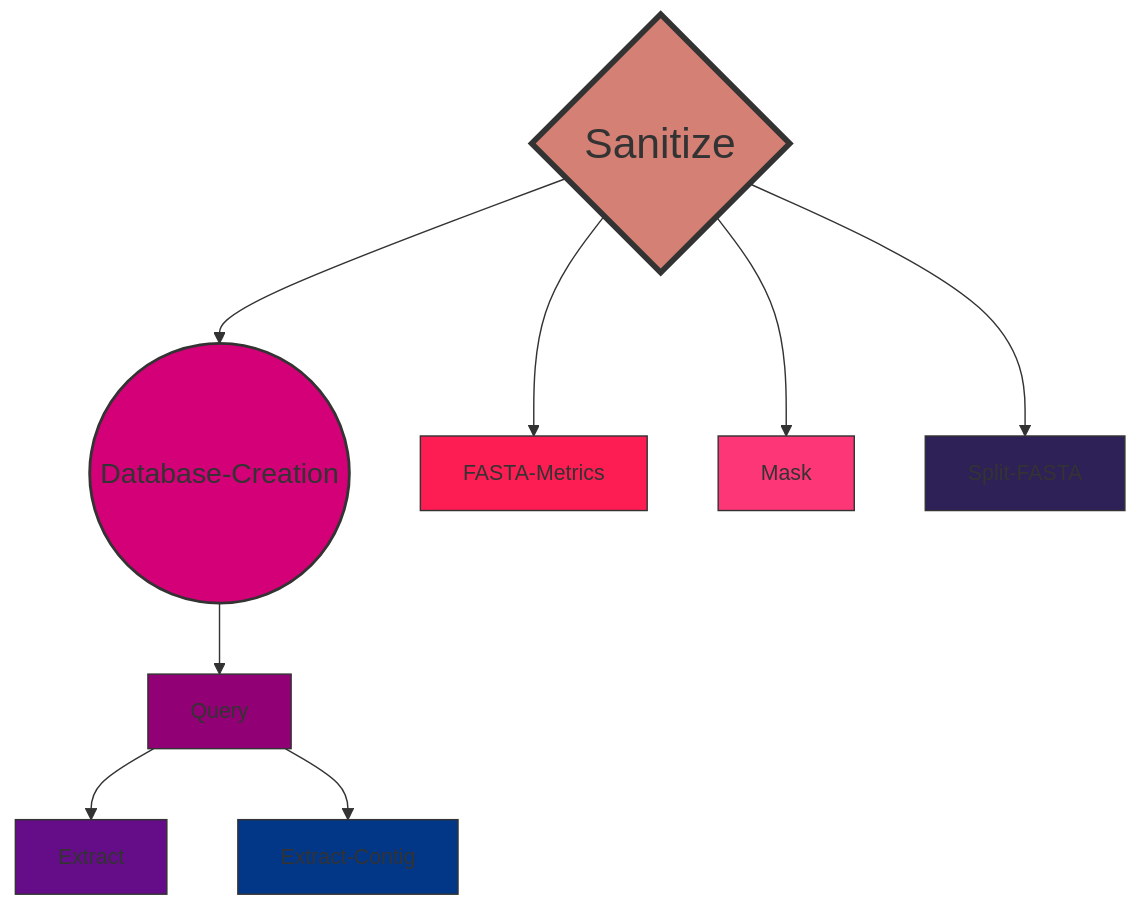
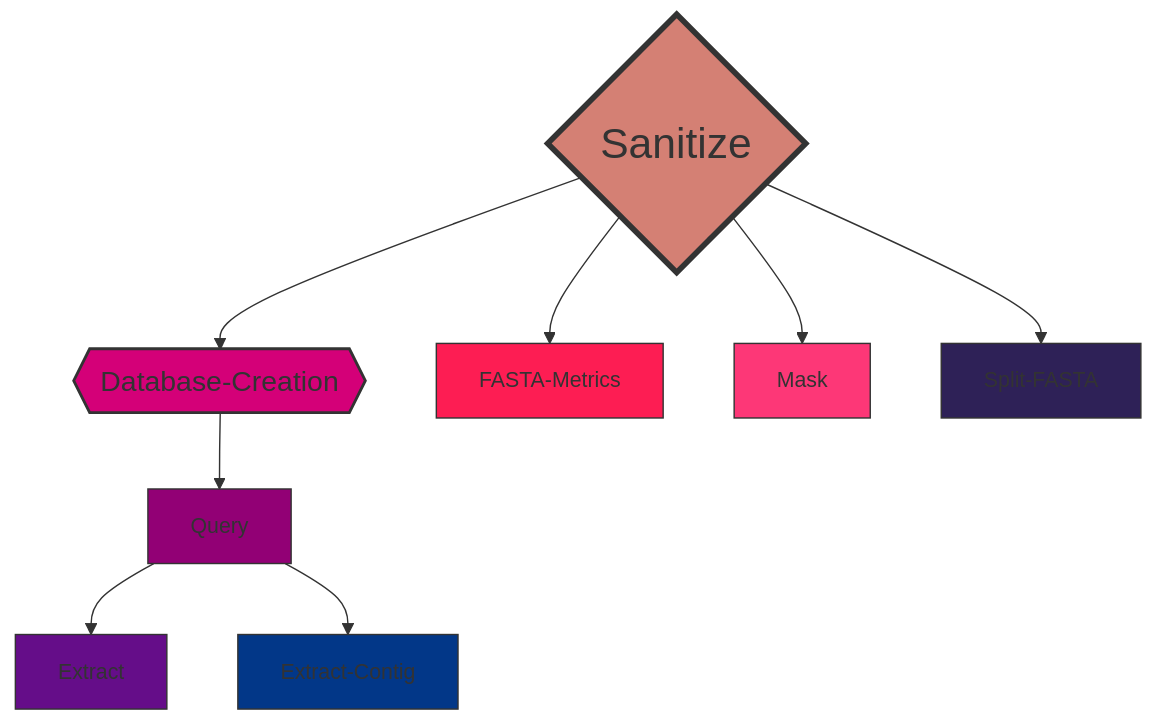
The diagram in README.md (ERBringHorvath/SeqForge), drawn with Mermaid before and after one commit.

````diff
--- a/README.md
+++ b/README.md
@@ -79,20 +79,20 @@
 ```mermaid
 graph TD;
-    A{Sanitize}-->B((Database-Creation));
-    B((Database-Creation))-->C[Query];
+    A{Sanitize}-->B{{Database-Creation}};
+    B{{Database-Creation}}-->C[Query];
     C[Query]-->D[Extract];
     C[Query]-->E[Extract-Contig];
     A{Sanitize}-->F[FASTA-Metrics];
     A{Sanitize}-->G[Mask];
     A{Sanitize}-->H[Split-FASTA];
 
     %% Custom style for Sanitize node
     style A fill:#d48074,stroke:#333,stroke-width:4,font-size:30px
     style B fill:#d40078,stroke:#333,stroke-width:2,font-size:20px
     style C fill:#920075,stroke:#333,stroke-width:1,font-size:15px
     style D fill:#650D89,stroke:#333,stroke-width:1,font-size:15px
     style E fill:#023788,stroke:#333,stroke-width:1,font-size:15px
     style F fill:#fd1d53,stroke:#333,stroke-width:1,font-size:15px
     style G fill:#fd3777,stroke:#333,stroke-width:1,font-size:15px
     style H fill:#2e2157,stroke:#333,stroke-width:1,font-size:15px
 ```
````
